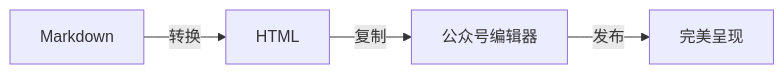
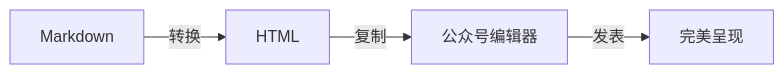
One commit to jinshidong/-skill changed the second of 3 diagrams in examples/2025-11-05-md2wechat-intro.md. Above: the diagram before and after it, drawn with Mermaid. The commit also changed other lines of this file and 12 other files, not shown here.

````diff
--- a/examples/2025-11-05-md2wechat-intro.md
+++ b/examples/2025-11-05-md2wechat-intro.md
@@ -96,6 +96,6 @@
 ```mermaid
 graph LR
     A[Markdown] -->|转换| B[HTML]
     B -->|复制| C[公众号编辑器]
-    C -->|发布| D[完美呈现]
+    C -->|发表| D[完美呈现]
 ```
````
